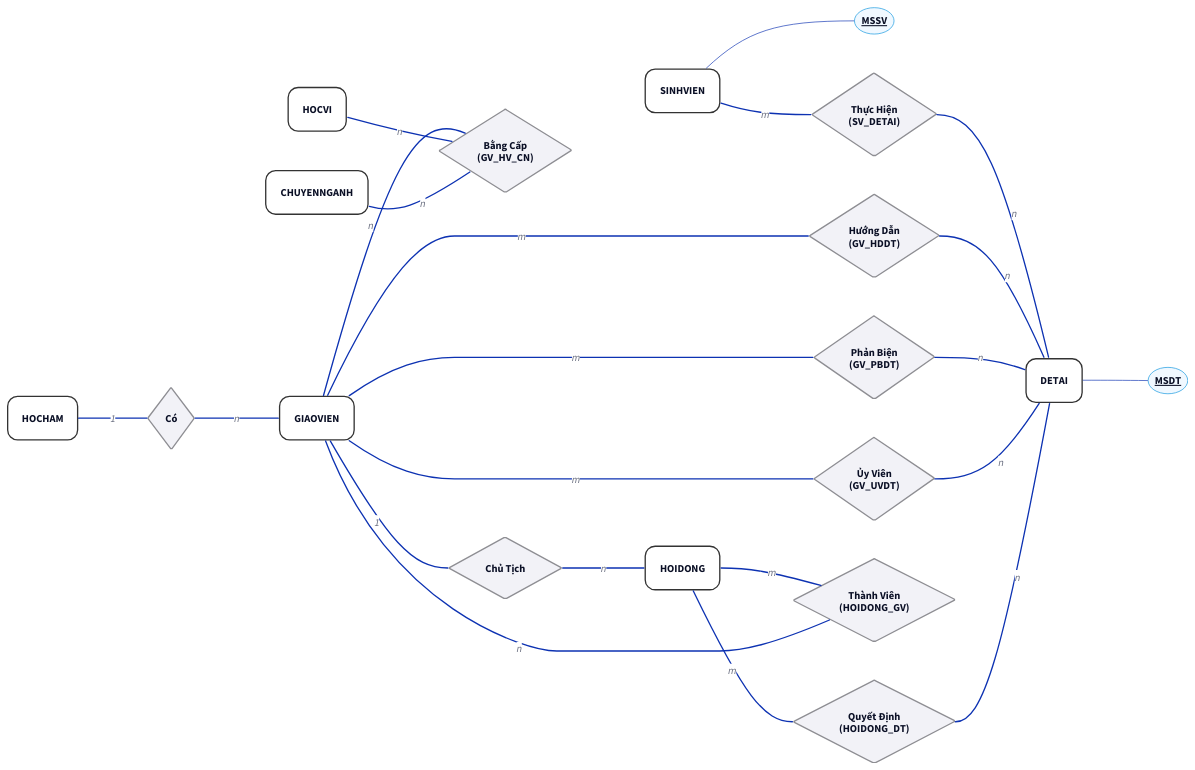
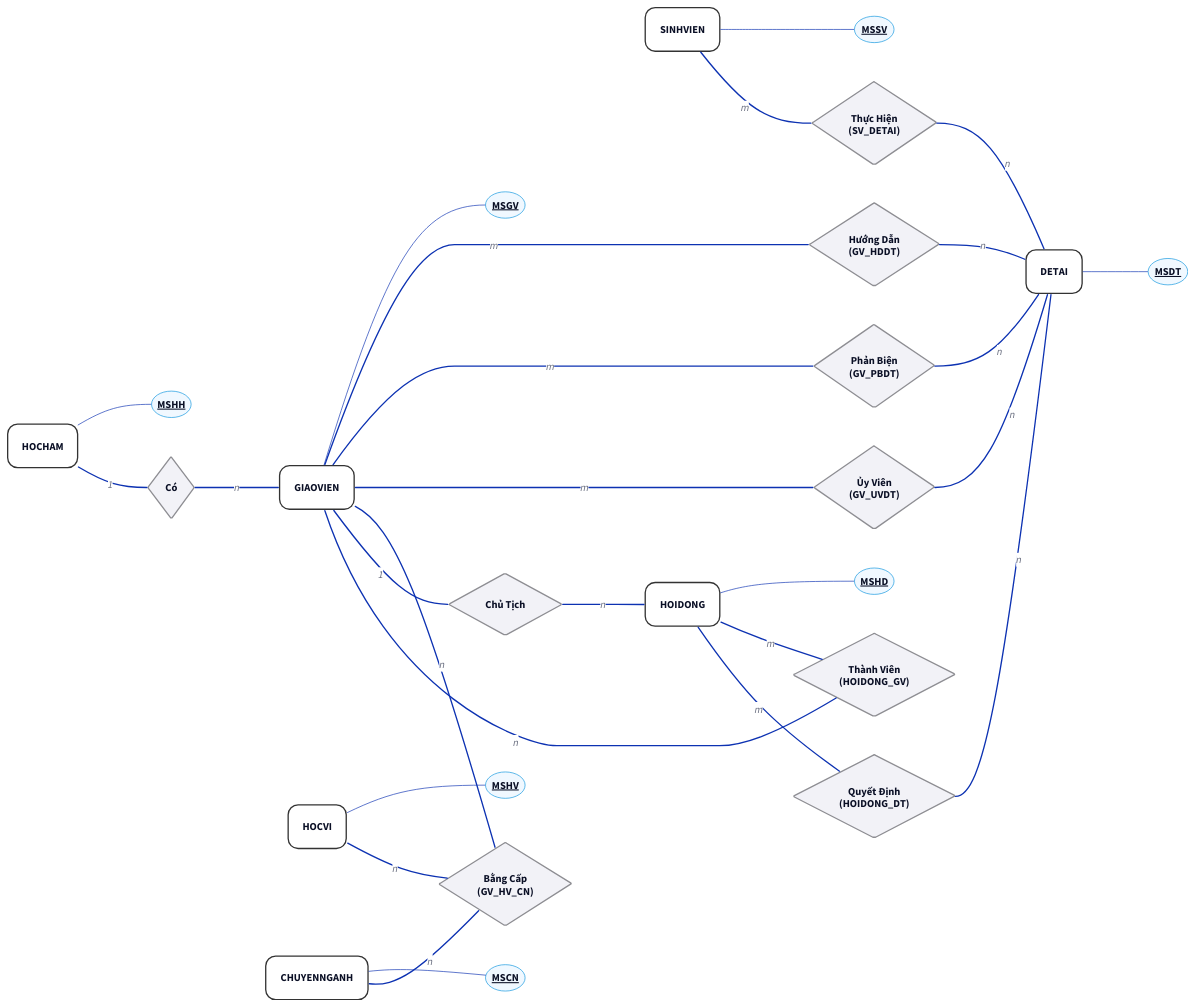
One commit to sam-uit/typst-report-template changed the diagram in content/diagrams/BTTH6-ER.d2. Above: the diagram before and after it, drawn with D2.

```diff
--- a/content/diagrams/BTTH6-ER.d2
+++ b/content/diagrams/BTTH6-ER.d2
@@ -1,152 +1,167 @@
 # Template: D2
 # Author: Sam Dinh
 # Mục đích: Tạo ER Diagram Chen Notation cho BTTH2.
 # Trang nguồn: https://d2lang.com/
 # VSCode extension: Terrastruct.d2
 
 direction: right
 
 # Tiêu đề: căn góc trên-giữa
 # title: |md
 #   # BTTH2: Mô Hình Thực Thể Quan Hệ (Chen Notation)
 # | {near: top-center}
 
 # title.style: {
 #   font-size: 20
 # font: "mono"
 # }
 
 # --- 0. STYLES ---
 style: {
   # font: "mono"
   opacity: 0.0
   # fill: "#dcdcdc"
   # stroke: "orange"
   # stroke-width: 5
 }
 
 # --- 1. CSS STYLES (THEME) ---
 classes: {
   # Thực thể (Entity): Chữ nhật
   entity: {
     shape: rectangle
     style: {
       border-radius: 15
       stroke-width: 2
       fill: "#FFFFFF"
       stroke: "#333333"
     }
   }
 
   # Quan hệ (Relationship): Hình thoi
   rel: {
     shape: diamond
     style: {
       fill: "#F2F2F7"
       stroke: "#8E8E93"
       stroke-width: 2
     }
   }
 
   # Thuộc tính: Oval (chưa dùng nhiều để tránh rối)
   attr: {
     shape: oval
     width: 60
     height: 40
     style: {
       fill: "#F0F8FF"
       stroke: "#0d95de"
       stroke-width: 1
       font-size: 20
     }
   }
 
   attr_pri: {
     shape: oval
     width: 60
     height: 40
     style: {
       fill: "#F0F8FF"
       stroke: "#0d95de"
       stroke-width: 1
       # font-size: 20
       underline: true
     }
   }
 }
 
 # --- 2. ENTITIES (THỰC THỂ) ---
 
 SINHVIEN: {class: entity; label: "SINHVIEN"}
 DETAI: {class: entity; label: "DETAI"}
 GIAOVIEN: {class: entity; label: "GIAOVIEN"}
 HOCHAM: {class: entity; label: "HOCHAM"}
 HOCVI: {class: entity; label: "HOCVI"}
 CHUYENNGANH: {class: entity; label: "CHUYENNGANH"}
 HOIDONG: {class: entity; label: "HOIDONG"}
 
 sinhvien_mssv: {class: attr_pri; label: "MSSV"}
 SINHVIEN -- sinhvien_mssv: {style: {stroke-width: 1}}
 
 detai_msdt: {class: attr_pri; label: "MSDT"}
 DETAI -- detai_msdt: {style: {stroke-width: 1}}
 
+giaovien_msgv: {class: attr_pri; label: "MSGV"}
+GIAOVIEN -- giaovien_msgv: {style: {stroke-width: 1}}
+
+hocham_mshh: {class: attr_pri; label: "MSHH"}
+HOCHAM -- hocham_mshh: {style: {stroke-width: 1}}
+
+hocvi_mshv: {class: attr_pri; label: "MSHV"}
+HOCVI -- hocvi_mshv: {style: {stroke-width: 1}}
+
+chuyennganh_mscn: {class: attr_pri; label: "MSCN"}
+CHUYENNGANH -- chuyennganh_mscn: {style: {stroke-width: 1}}
+
+hoidong_mshd: {class: attr_pri; label: "MSHD"}
+HOIDONG -- hoidong_mshd: {style: {stroke-width: 1}}
+
 # --- 3. RELATIONSHIPS (MỐI QUAN HỆ) ---
 
 # N-N Relationships (Explicit Tables)
 SV_DETAI: {class: rel; label: "Thực Hiện\n(SV_DETAI)"}
 GV_HDDT: {class: rel; label: "Hướng Dẫn\n(GV_HDDT)"}
 GV_PBDT: {class: rel; label: "Phản Biện\n(GV_PBDT)"}
 GV_UVDT: {class: rel; label: "Ủy Viên\n(GV_UVDT)"}
 HOIDONG_GV: {class: rel; label: "Thành Viên\n(HOIDONG_GV)"}
 HOIDONG_DT: {class: rel; label: "Quyết Định\n(HOIDONG_DT)"}
 
 # Ternary Relationship (GV_HV_CN)
 GV_HV_CN: {class: rel; label: "Bằng Cấp\n(GV_HV_CN)"}
 
 # 1-N Relationships (Logical)
 co_hoc_ham: {class: rel; label: "Có"}
 chu_tich: {class: rel; label: "Chủ Tịch"}
 
 # --- 4. CONNECTIONS (CARDINALITY) ---
 
 # --- Sinh Viên & Đề Tài ---
 # N-N: SV - DeTai
 SINHVIEN -- SV_DETAI: m
 SV_DETAI -- DETAI: n
 
 # --- Giáo Viên & Đề Tài (Vai trò) ---
 # N-N: GV Huong Dan DT
 GIAOVIEN -- GV_HDDT: m
 GV_HDDT -- DETAI: n
 
 # N-N: GV Phan Bien DT
 GIAOVIEN -- GV_PBDT: m
 GV_PBDT -- DETAI: n
 
 # N-N: GV Uy Vien DT
 GIAOVIEN -- GV_UVDT: m
 GV_UVDT -- DETAI: n
 
 # --- Giáo Viên & Học Hàm / Học Vị / Chuyên Ngành ---
 # 1-N: Giao Vien - Hoc Ham (Giao vien thuoc 1 Hoc ham)
 HOCHAM -- co_hoc_ham: 1
 co_hoc_ham -- GIAOVIEN: n
 
 # Ternary N-N-N: GV - HV - CN
 GIAOVIEN -- GV_HV_CN: n
 HOCVI -- GV_HV_CN: n
 CHUYENNGANH -- GV_HV_CN: n
 
 # --- Hội Đồng ---
 # 1-N: Giao Vien lam Chu Tich HD
 GIAOVIEN -- chu_tich: 1
 chu_tich -- HOIDONG: n
 
 # N-N: Thanh vien Hoi Dong (Giao vien tham gia HD)
 HOIDONG -- HOIDONG_GV: m
 HOIDONG_GV -- GIAOVIEN: n
 
 # N-N: Hoi Dong cham De Tai (Quyet Dinh)
 HOIDONG -- HOIDONG_DT: m
 HOIDONG_DT -- DETAI: n
```
